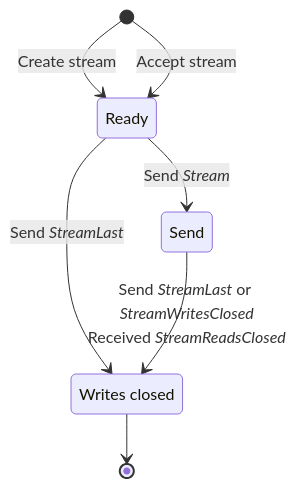
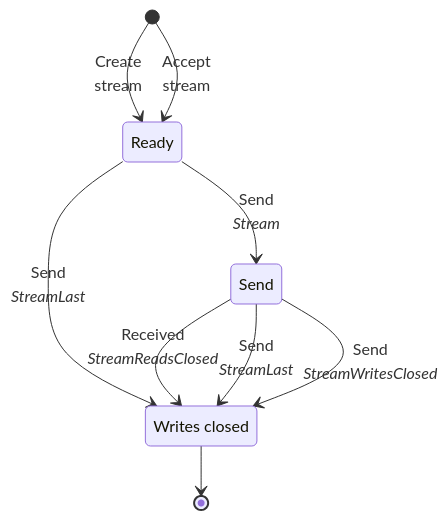
The first of 2 diagrams in pages/icerpc/slic-transport/streams.md (icerpc/icerpc-docs), drawn with Mermaid before and after one commit. The commit also changed other lines of this file, not shown here.

Commit message:
Got rid of OR in the transitions

````diff
--- a/pages/icerpc/slic-transport/streams.md
+++ b/pages/icerpc/slic-transport/streams.md
@@ -77,10 +77,12 @@
 ```mermaid
 stateDiagram
     WritesClosed : Writes closed
-    [*] --> Ready: Create stream
-    [*] --> Ready: Accept stream
-    Ready --> WritesClosed: Send <i>StreamLast</i>
-    Ready --> Send: Send <i>Stream</i>
-    Send --> WritesClosed: <center>Send <i>StreamLast</i> or <i>StreamWritesClosed</i><br />Received <i>StreamReadsClosed</i></center>
+    [*] --> Ready: <center>Create<br/>stream</center>
+    [*] --> Ready: <center>Accept<br/>stream</center>
+    Ready --> Send: <center>Send<br/><i>Stream</i></center>
+    Ready --> WritesClosed: <center>Send<br/><i>StreamLast</i></center>
+    Send --> WritesClosed: <center>Received<br/><i>StreamReadsClosed</i></center>
+    Send --> WritesClosed: <center>Send<br/><i>StreamLast</i></center>
+    Send --> WritesClosed: <center>Send<br/><i>StreamWritesClosed</i></center>
     WritesClosed --> [*]
 ```
````
